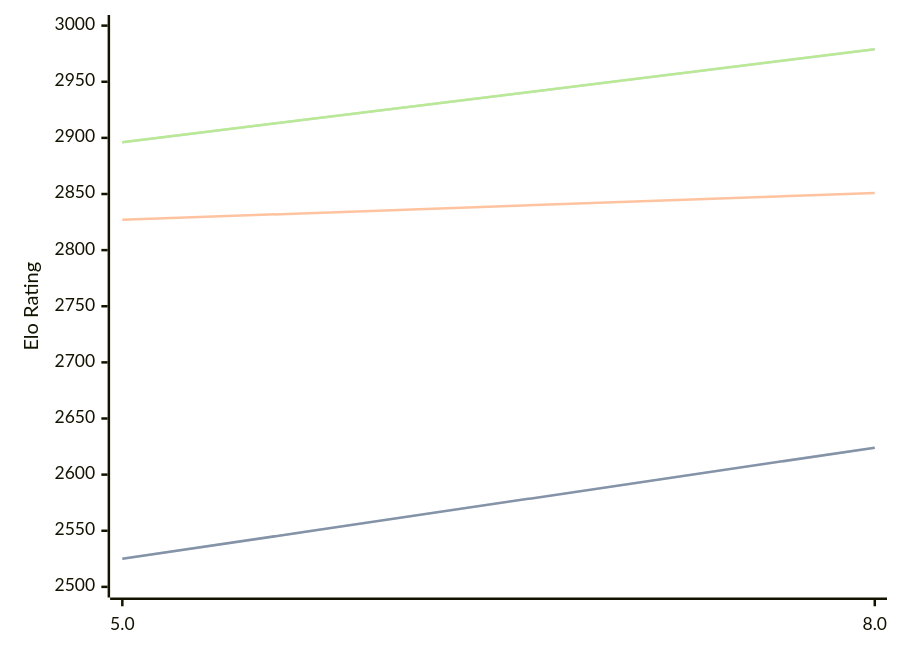
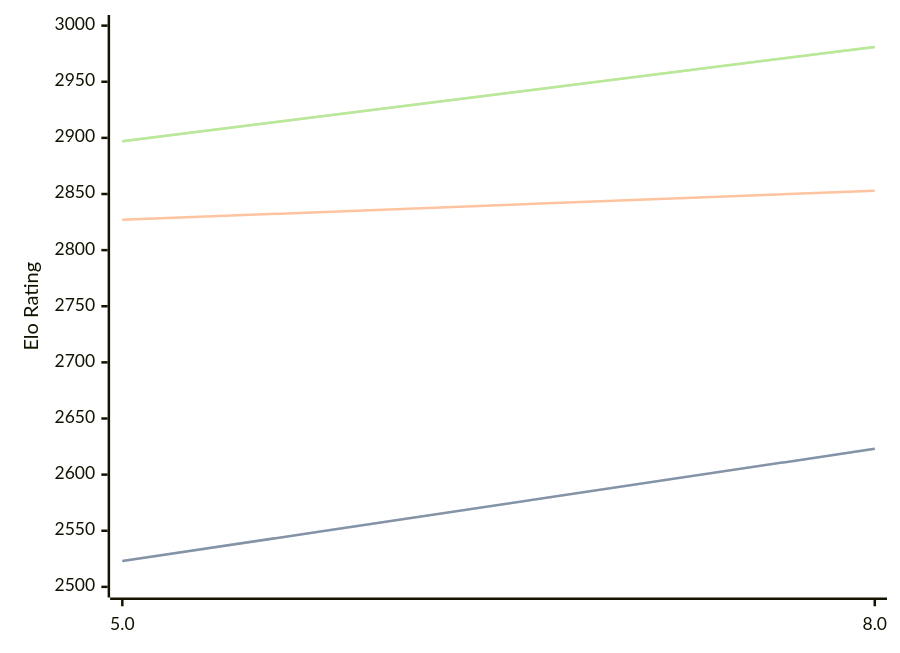
Before and after one commit to computer-chess-index/cci: the diagram in engines/4kc.md, drawn with Mermaid. The commit also changed other lines of this file, not shown here.

Commit message:
Update CCI Ratings (ELO VLTC) - 2026-04-27

````diff
--- a/engines/4kc.md
+++ b/engines/4kc.md
@@ -41,11 +41,11 @@
 ```mermaid
 %%{init: {"theme":"base","themeVariables":{"seriesColors:['#a3a3a3','#222221','#faa371']}}}%%
 xychart-beta
   x-axis ["5.0", "8.0"]
   y-axis "Elo Rating" 2500 --> 3000
-  line "STC (8.0+0.08s)" [2525, 2624]
-  line "STC (8.0+0.08s)" [2525, 2624]
-  line "LTC (60.0+0.60s)" [2827, 2851]
-  line "VLTC (2m24s+1.12s)" [2896, 2979]
-  line "VLTC (2m24s+1.12s)" [2896, 2979]
+  line "STC (8.0+0.08s)" [2523, 2623]
+  line "STC (8.0+0.08s)" [2523, 2623]
+  line "LTC (60.0+0.60s)" [2827, 2853]
+  line "VLTC (2m24s+1.12s)" [2897, 2981]
+  line "VLTC (2m24s+1.12s)" [2897, 2981]
 ```
````
